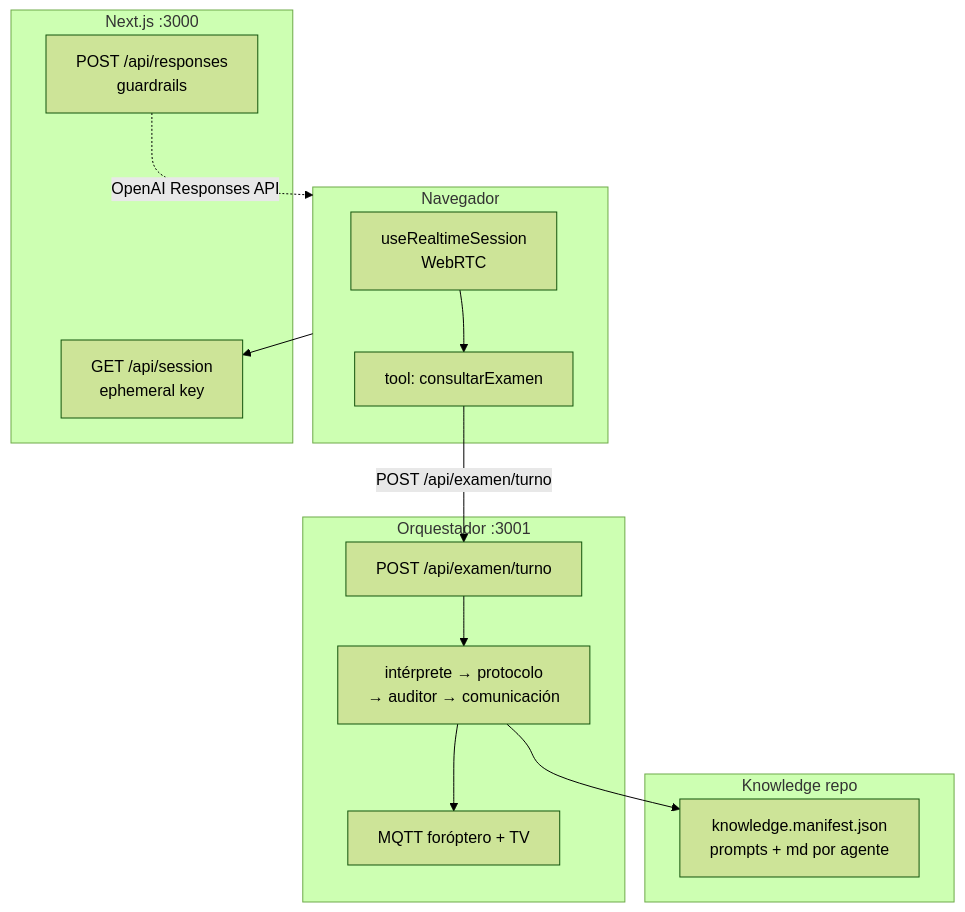
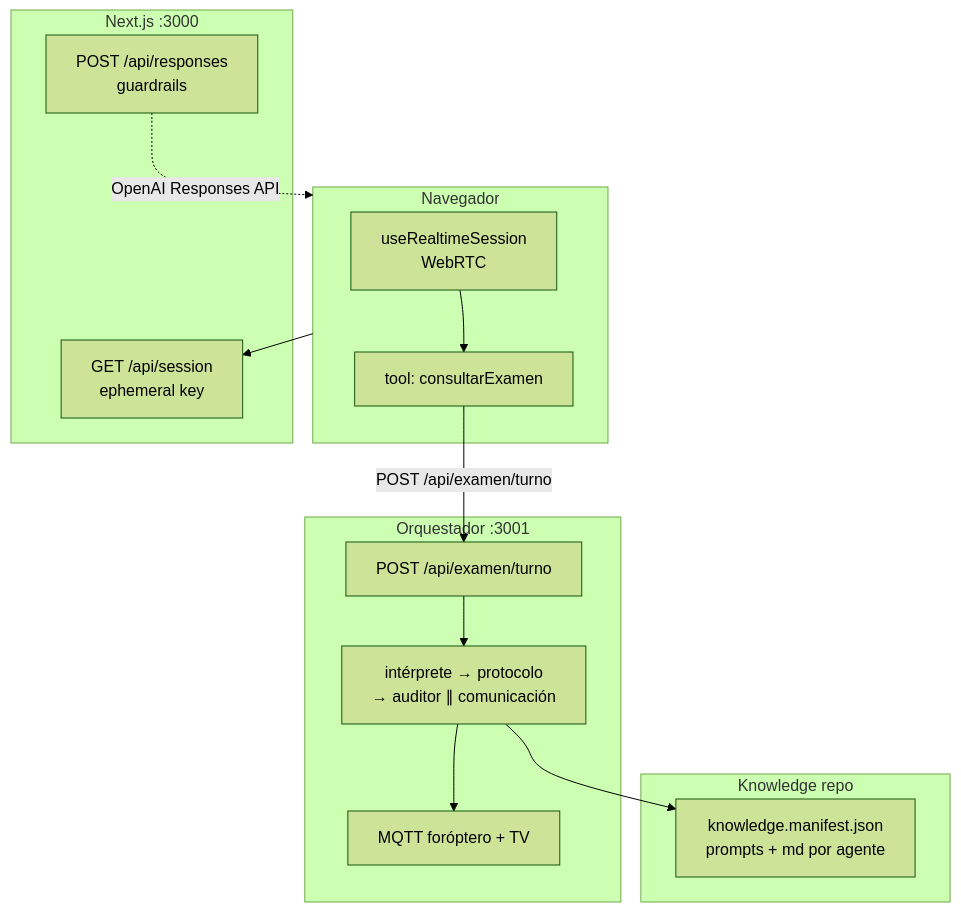
One commit to digifab-ar/oftalm_agent_v2 changed the diagram in docs/ARQUITECTURA.md. Above: the diagram before and after it, drawn with Mermaid (forest theme). The commit also changed other lines of this file and 9 other files, not shown here.

First line of the commit message:
Run auditor and comunicación in parallel after protocolo (intento 0).

````diff
--- a/docs/ARQUITECTURA.md
+++ b/docs/ARQUITECTURA.md
@@ -44,29 +44,29 @@
 ```mermaid
 flowchart TB
   subgraph Browser["Navegador"]
     RTS["useRealtimeSession\nWebRTC"]
     Tool["tool: consultarExamen"]
     RTS --> Tool
   end
 
   subgraph NextJS["Next.js :3000"]
     Session["GET /api/session\nephemeral key"]
     Guardrails["POST /api/responses\nguardrails"]
   end
 
   subgraph Orch["Orquestador :3001"]
     TurnoAPI["POST /api/examen/turno"]
-    Pipeline["intérprete → protocolo\n→ auditor → comunicación"]
+    Pipeline["intérprete → protocolo\n→ auditor ∥ comunicación"]
     MQTT["MQTT foróptero + TV"]
     TurnoAPI --> Pipeline --> MQTT
   end
 
   subgraph KnowledgeRepo["Knowledge repo"]
     Manifest["knowledge.manifest.json\nprompts + md por agente"]
   end
 
   Browser --> Session
   Tool -->|"POST /api/examen/turno"| TurnoAPI
   Pipeline --> Manifest
   Guardrails -.->|"OpenAI Responses API"| Browser
 ```
````
